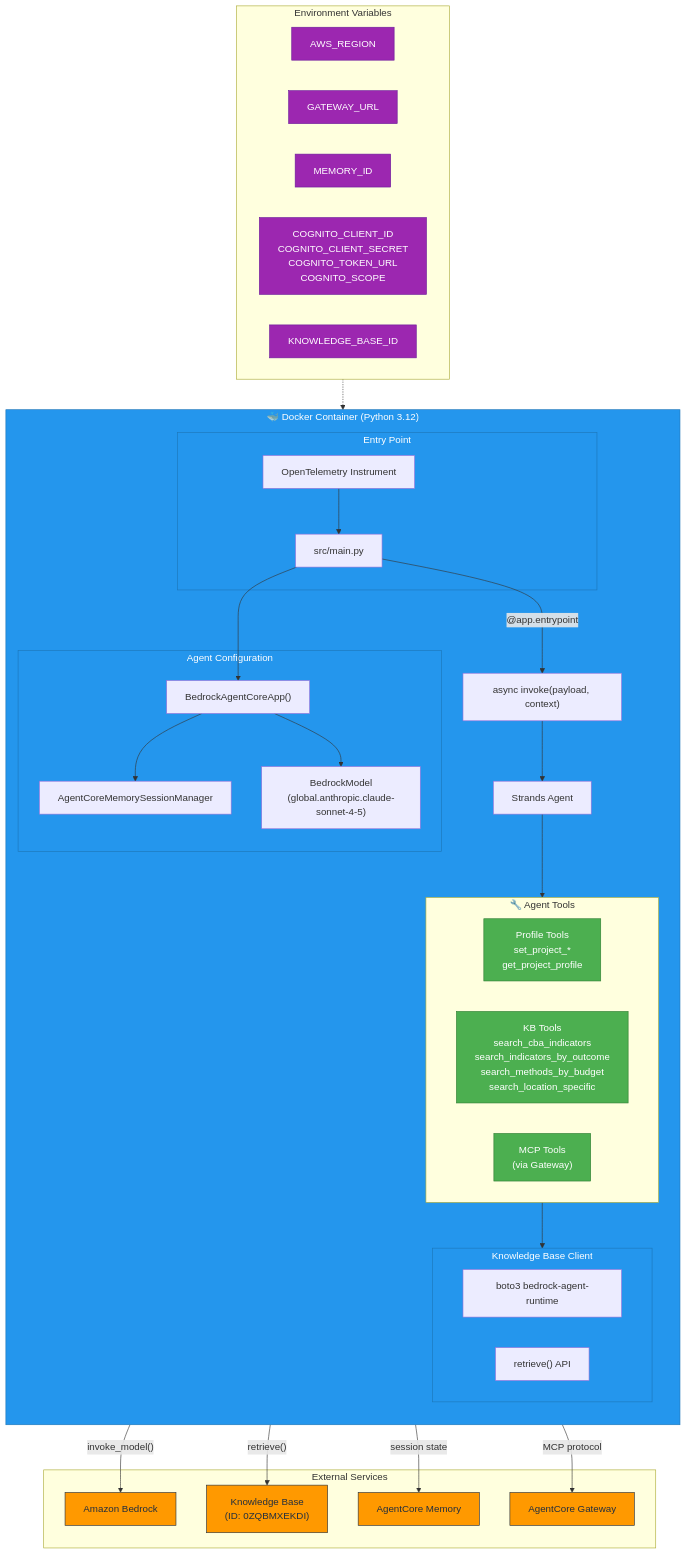
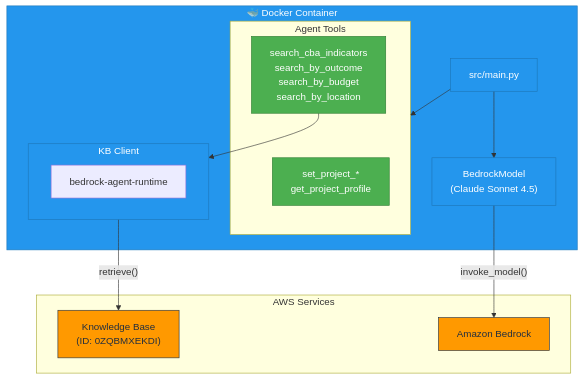
Before and after one commit to CircularBioeconomyAlliance/coffee-recipe: the fourth of 4 diagrams in ARCHITECTURE.md, drawn with Mermaid. The commit also changed other lines of this file and 1 other file, not shown here.

````diff
--- a/ARCHITECTURE.md
+++ b/ARCHITECTURE.md
@@ -301,69 +247,36 @@
 ```mermaid
 flowchart TB
-    subgraph Container["🐳 Docker Container (Python 3.12)"]
-        direction TB
+    subgraph Container["🐳 Docker Container"]
+        Main["src/main.py"]
+        Model["BedrockModel<br/>(Claude Sonnet 4.5)"]
         
-        subgraph EntryPoint["Entry Point"]
-            OTel["OpenTelemetry Instrument"]
-            Main["src/main.py"]
-            OTel --> Main
+        subgraph Tools["Agent Tools"]
+            ProfileTools["set_project_*<br/>get_project_profile"]
+            KBTools["search_cba_indicators<br/>search_by_outcome<br/>search_by_budget<br/>search_by_location"]
         end
         
-        subgraph AgentSetup["Agent Configuration"]
-            App["BedrockAgentCoreApp()"]
-            SessionMgr["AgentCoreMemorySessionManager"]
-            Model["BedrockModel<br/>(global.anthropic.claude-sonnet-4-5)"]
+        subgraph KBClient["KB Client"]
+            Boto3["bedrock-agent-runtime"]
         end
         
-        subgraph Tools["🔧 Agent Tools"]
-            direction LR
-            ProfileTools["Profile Tools<br/>set_project_*<br/>get_project_profile"]
-            KBTools["KB Tools<br/>search_cba_indicators<br/>search_indicators_by_outcome<br/>search_methods_by_budget<br/>search_location_specific"]
-            MCPTools["MCP Tools<br/>(via Gateway)"]
-        end
-        
-        subgraph KBClient["Knowledge Base Client"]
-            Boto3["boto3 bedrock-agent-runtime"]
-            Retrieve["retrieve() API"]
-        end
-        
-        Main --> App
-        App --> SessionMgr
-        App --> Model
-        Main -->|"@app.entrypoint"| invoke["async invoke(payload, context)"]
-        invoke --> Agent["Strands Agent"]
-        Agent --> Tools
+        Main --> Model
+        Main --> Tools
         KBTools --> KBClient
     end
     
-    subgraph EnvVars["Environment Variables"]
-        AWS_REGION["AWS_REGION"]
-        GATEWAY_URL["GATEWAY_URL"]
-        MEMORY_ID["MEMORY_ID"]
-        COGNITO["COGNITO_CLIENT_ID<br/>COGNITO_CLIENT_SECRET<br/>COGNITO_TOKEN_URL<br/>COGNITO_SCOPE"]
-        KB_ID["KNOWLEDGE_BASE_ID"]
+    subgraph External["AWS Services"]
+        BedrockSvc["Amazon Bedrock"]
+        KBSvc["Knowledge Base<br/>(ID: 0ZQBMXEKDI)"]
     end
     
-    subgraph External["External Services"]
-        BedrockSvc["Amazon Bedrock"]
-        KBSvc["Knowledge Base<br/>(ID: 0ZQBMXEKDI)"]
-        MemorySvc["AgentCore Memory"]
-        GatewaySvc["AgentCore Gateway"]
-    end
-    
-    EnvVars -.-> Container
     KBClient -->|"retrieve()"| KBSvc
     Model -->|"invoke_model()"| BedrockSvc
-    SessionMgr -->|"session state"| MemorySvc
-    MCPTools -->|"MCP protocol"| GatewaySvc
 
     classDef container fill:#2496ED,stroke:#1D76B8,color:#fff
     classDef tools fill:#4CAF50,stroke:#2E7D32,color:#fff
     classDef external fill:#FF9900,stroke:#232F3E,color:#232F3E
-    classDef env fill:#9C27B0,stroke:#6A1B9A,color:#fff
 
-    class Container,EntryPoint,AgentSetup,KBClient container
-    class ProfileTools,KBTools,MCPTools tools
-    class BedrockSvc,KBSvc,MemorySvc,GatewaySvc external
-    class AWS_REGION,GATEWAY_URL,MEMORY_ID,COGNITO,KB_ID env
+    class Container,Main,Model,KBClient container
+    class ProfileTools,KBTools tools
+    class BedrockSvc,KBSvc external
 ```
````
